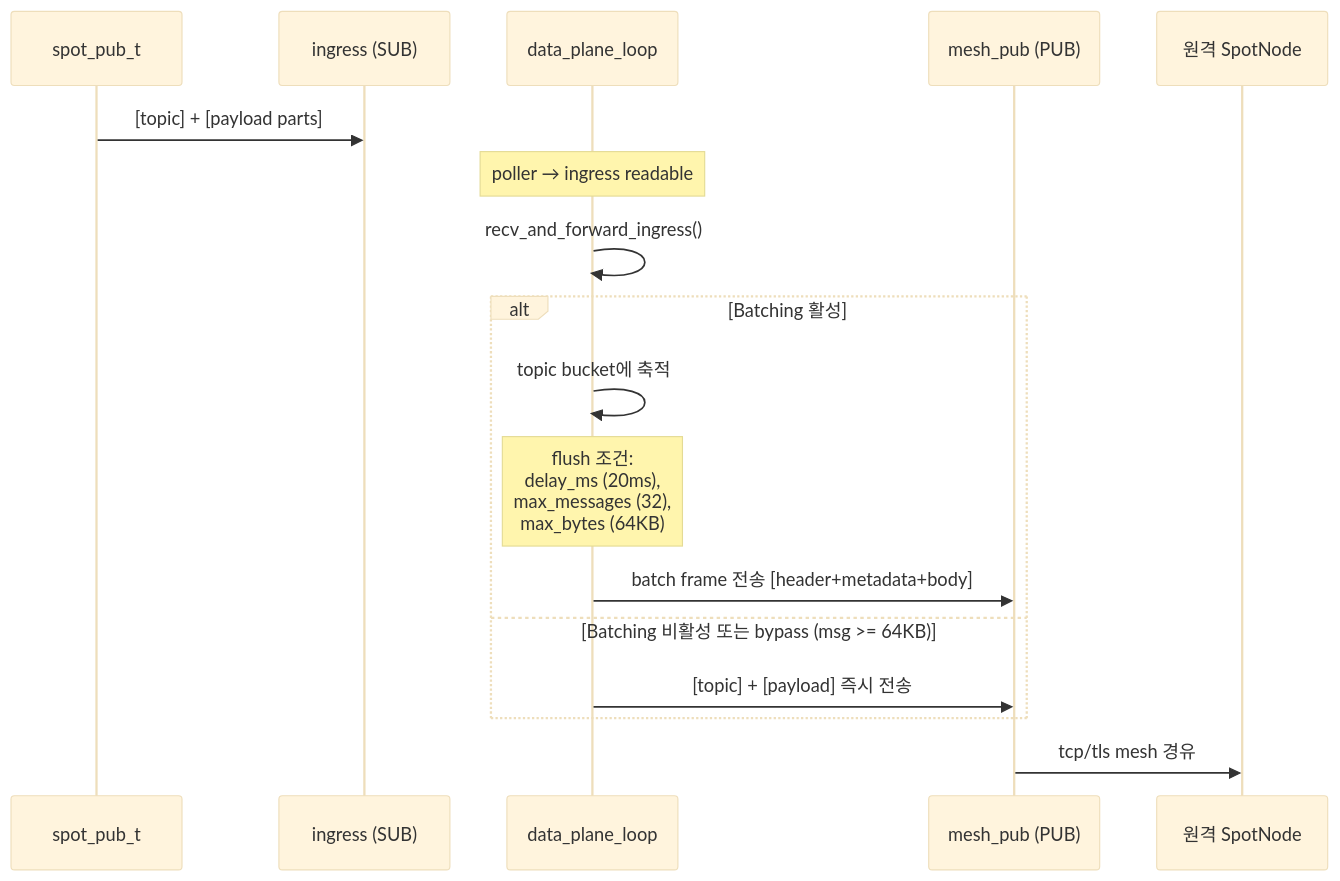
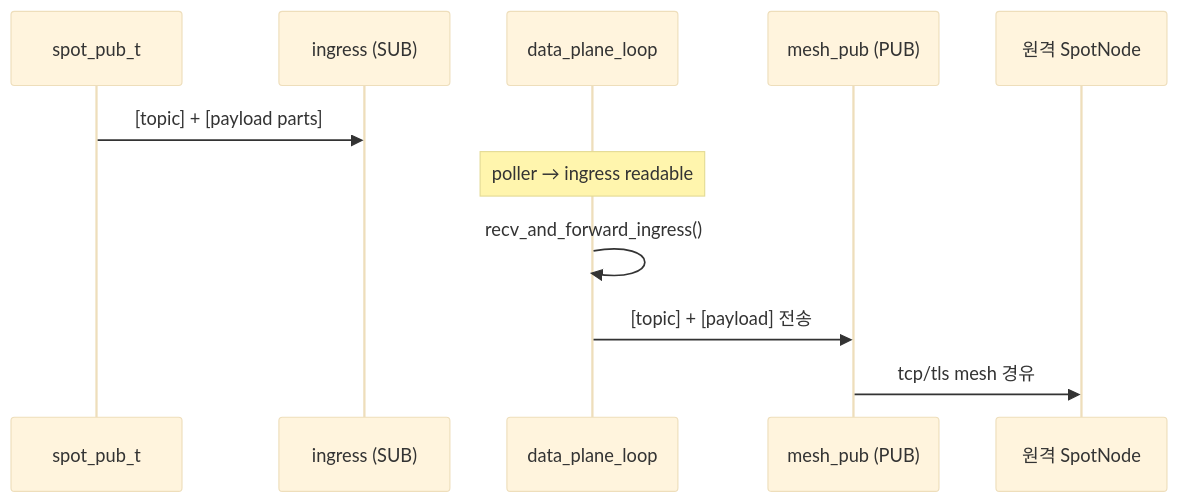
One commit to kairos-code-dev/zlink changed the sixth of 14 diagrams in doc/internals/spot-internals.ko.md. Above: the diagram before and after it, drawn with Mermaid (base theme). The commit also changed other lines of this file and 624 other files, not shown here.

````diff
--- a/doc/internals/spot-internals.ko.md
+++ b/doc/internals/spot-internals.ko.md
@@ -189,22 +189,16 @@
 ```mermaid
 sequenceDiagram
     participant Pub as spot_pub_t
     participant Ingress as ingress (SUB)
     participant DP as data_plane_loop
     participant MeshPub as mesh_pub (PUB)
     participant Remote as 원격 SpotNode
 
     Pub->>Ingress: [topic] + [payload parts]
     Note over DP: poller → ingress readable
     DP->>DP: recv_and_forward_ingress()
 
-    alt Batching 활성
-        DP->>DP: topic bucket에 축적
-        Note over DP: flush 조건:<br/>delay_ms (20ms),<br/>max_messages (32),<br/>max_bytes (64KB)
-        DP->>MeshPub: batch frame 전송 [header+metadata+body]
-    else Batching 비활성 또는 bypass (msg >= 64KB)
-        DP->>MeshPub: [topic] + [payload] 즉시 전송
-    end
+    DP->>MeshPub: [topic] + [payload] 전송
 
     MeshPub->>Remote: tcp/tls mesh 경유
 ```
````
